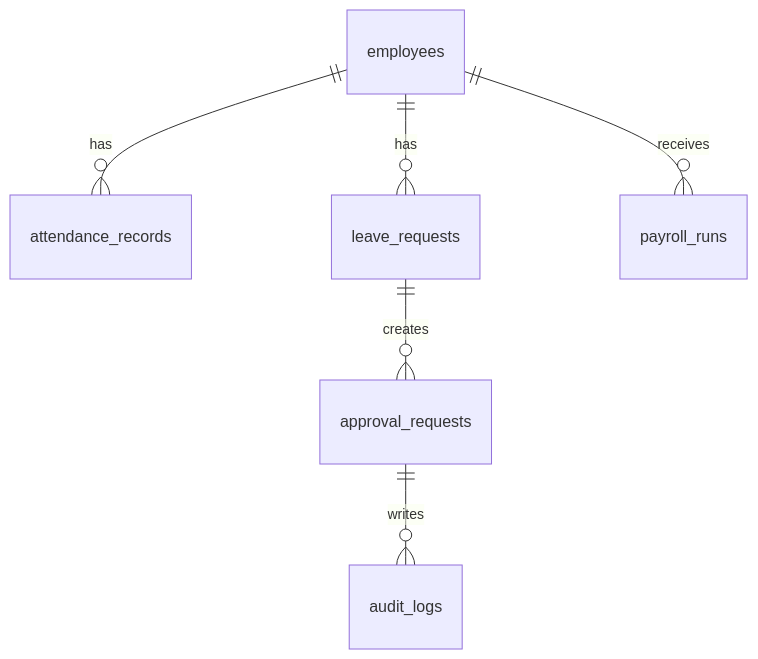
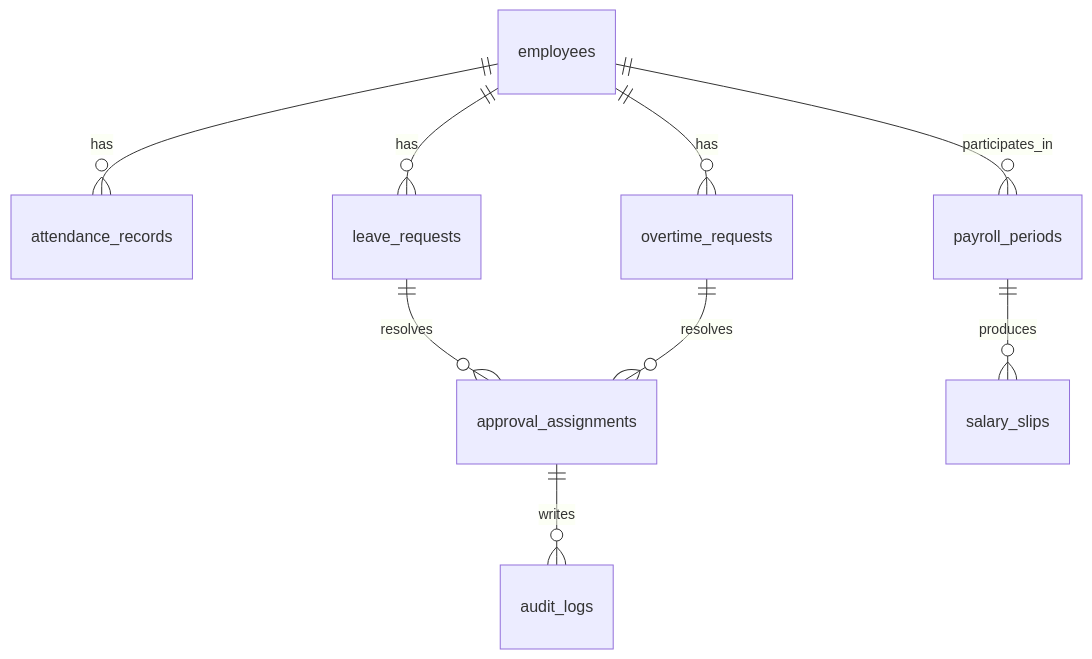
The diagram in docs/04-infrastructure/firestore-schema.md (369sup/worksync-hr), drawn with Mermaid before and after one commit. The commit also changed other lines of this file and 36 other files, not shown here.

````diff
--- a/docs/04-infrastructure/firestore-schema.md
+++ b/docs/04-infrastructure/firestore-schema.md
@@ -7,8 +7,11 @@
 ```mermaid
 erDiagram
   employees ||--o{ attendance_records : has
   employees ||--o{ leave_requests : has
-  employees ||--o{ payroll_runs : receives
-  leave_requests ||--o{ approval_requests : creates
-  approval_requests ||--o{ audit_logs : writes
+  employees ||--o{ overtime_requests : has
+  employees ||--o{ payroll_periods : participates_in
+  leave_requests ||--o{ approval_assignments : resolves
+  overtime_requests ||--o{ approval_assignments : resolves
+  payroll_periods ||--o{ salary_slips : produces
+  approval_assignments ||--o{ audit_logs : writes
 ```
````
